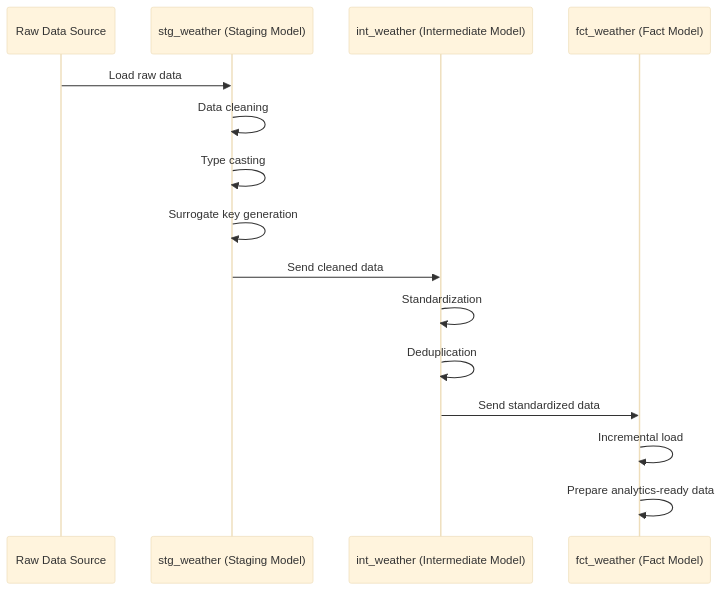
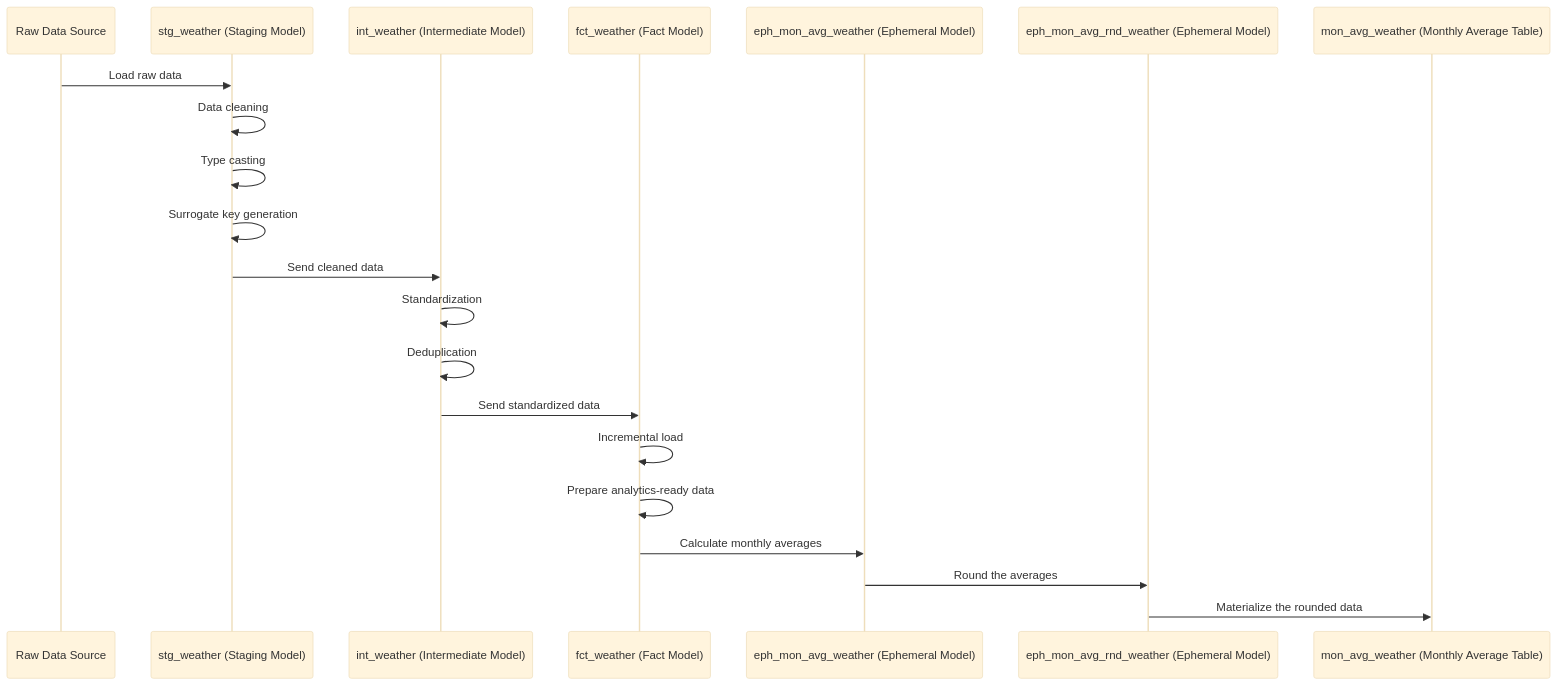
The diagram in dbt/README.md (arjunrarjunr/de-zoomcamp-final-2025), drawn with Mermaid (base theme) before and after one commit. The commit also changed other lines of this file, not shown here.

Commit message:
Enhance README.md to clarify the roles of ephemeral models and their contributions to the DBT weather data pipeline, including detailed descriptions and a model summary table.

````diff
--- a/dbt/README.md
+++ b/dbt/README.md
@@ -33,18 +55,24 @@
 ```mermaid
 sequenceDiagram
     participant A as Raw Data Source
     participant B as stg_weather (Staging Model)
     participant C as int_weather (Intermediate Model)
     participant D as fct_weather (Fact Model)
+    participant E as eph_mon_avg_weather (Ephemeral Model)
+    participant F as eph_mon_avg_rnd_weather (Ephemeral Model)
+    participant G as mon_avg_weather (Monthly Average Table)
 
     A->>B: Load raw data
     B->>B: Data cleaning
     B->>B: Type casting
     B->>B: Surrogate key generation
     B->>C: Send cleaned data
     C->>C: Standardization
     C->>C: Deduplication
     C->>D: Send standardized data
     D->>D: Incremental load
     D->>D: Prepare analytics-ready data
+    D->>E: Calculate monthly averages
+    E->>F: Round the averages
+    F->>G: Materialize the rounded data
 ```
````
